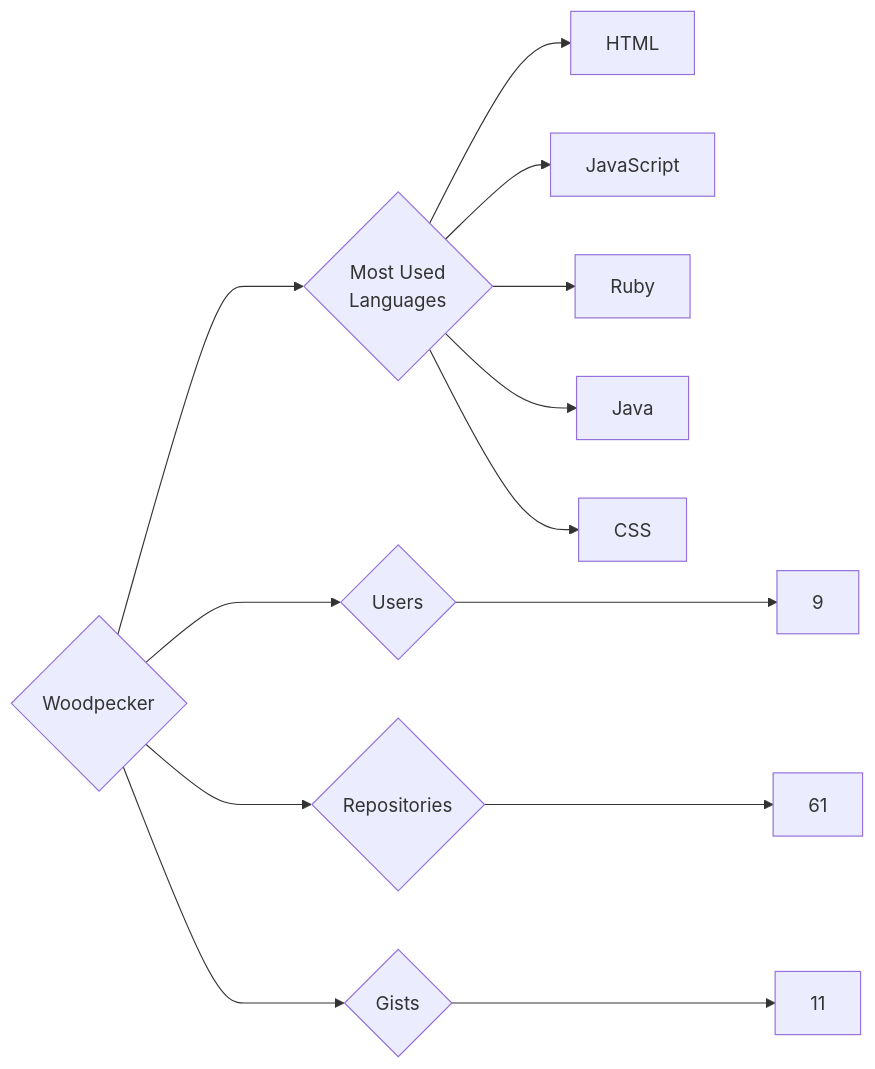
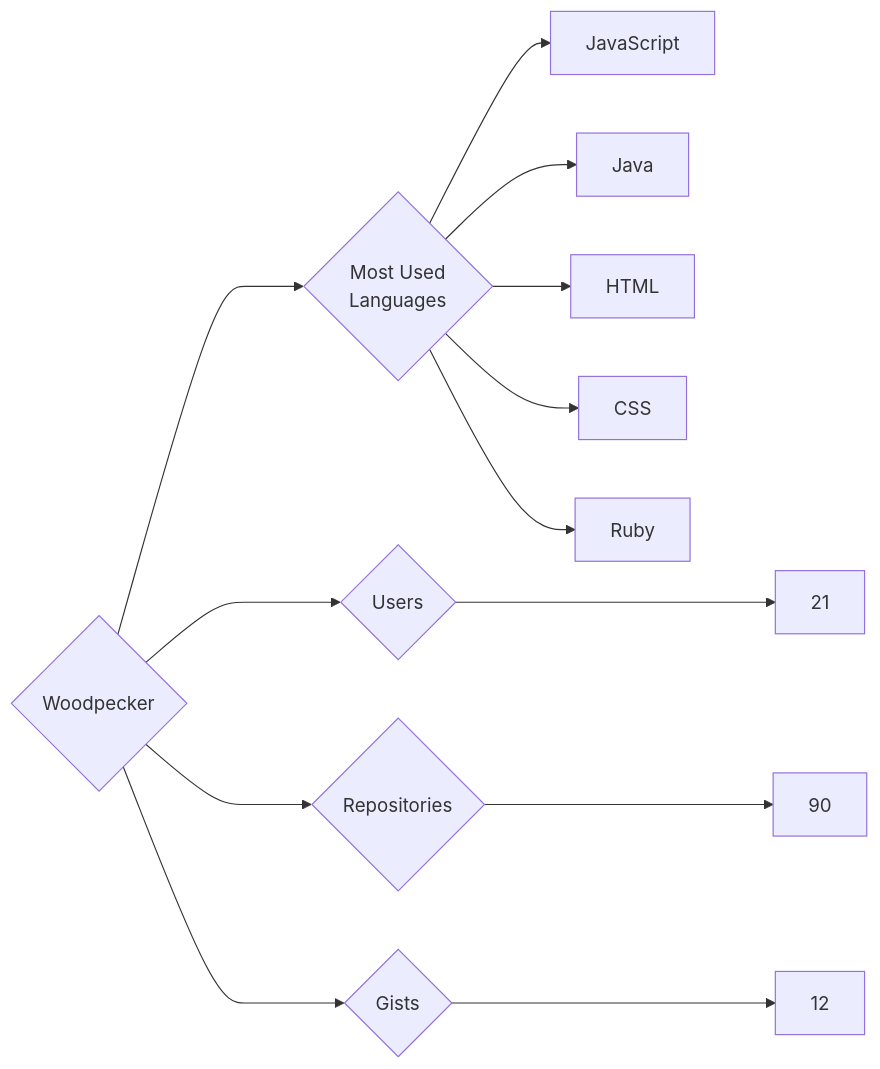
One commit to trickest/insiders changed the diagram in targets/Woodpecker/README.md. Above: the diagram before and after it, drawn with Mermaid. The commit also changed 878 other files, not shown here.

````diff
--- a/targets/Woodpecker/README.md
+++ b/targets/Woodpecker/README.md
@@ -3,13 +3,13 @@
 ```mermaid
 graph LR
 COMPANY_NAME{Woodpecker}
-COMPANY_NAME ---> U{Users} ---> UN[9]
-COMPANY_NAME ---> R{Repositories} ---> RN[61]
-COMPANY_NAME ---> G{Gists} ---> GN[11]
+COMPANY_NAME ---> U{Users} ---> UN[21]
+COMPANY_NAME ---> R{Repositories} ---> RN[90]
+COMPANY_NAME ---> G{Gists} ---> GN[12]
 COMPANY_NAME ---> ML{Most Used<br>Languages}
+ML --> JavaScript[JavaScript]
+ML --> Java[Java]
 ML --> HTML[HTML]
-ML --> JavaScript[JavaScript]
+ML --> CSS[CSS]
 ML --> Ruby[Ruby]
-ML --> Java[Java]
-ML --> CSS[CSS]
 ```
````
